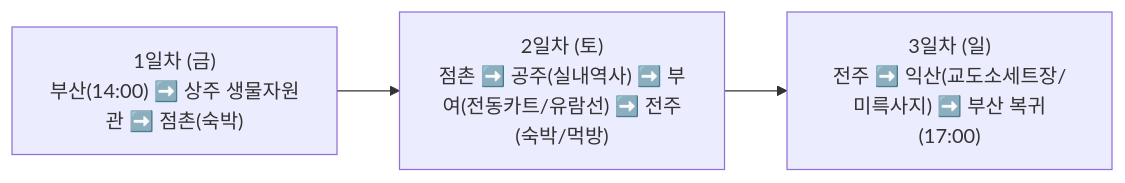
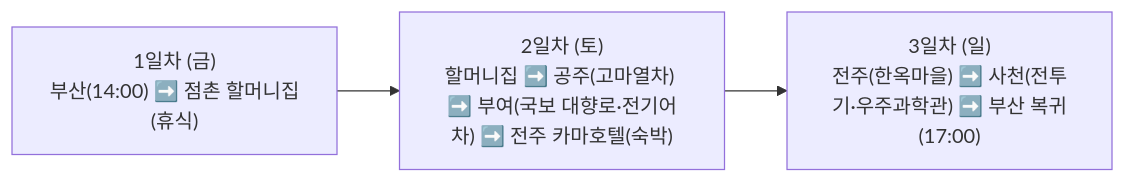
The diagram in travel_plan_father_and_son.md (junho1-commits/baekje-travel), drawn with Mermaid before and after one commit. The commit also changed other lines of this file and 3 other files, not shown here.

````diff
--- a/travel_plan_father_and_son.md
+++ b/travel_plan_father_and_son.md
@@ -15,5 +15,5 @@
 ```mermaid
 flowchart LR
-    D1["1일차 (금)<br/>부산(14:00) ➡️ 상주 생물자원관 ➡️ 점촌(숙박)"] --> D2["2일차 (토)<br/>점촌 ➡️ 공주(실내역사) ➡️ 부여(전동카트/유람선) ➡️ 전주(숙박/먹방)"]
-    D2 --> D3["3일차 (일)<br/>전주 ➡️ 익산(교도소세트장/미륵사지) ➡️ 부산 복귀(17:00)"]
+    D1["1일차 (금)<br/>부산(14:00) ➡️ 점촌 할머니집(휴식)"] --> D2["2일차 (토)<br/>할머니집 ➡️ 공주(고마열차) ➡️ 부여(국보 대향로·전기어차) ➡️ 전주 카마호텔(숙박)"]
+    D2 --> D3["3일차 (일)<br/>전주(한옥마을) ➡️ 사천(전투기·우주과학관) ➡️ 부산 복귀(17:00)"]
 ```
````
